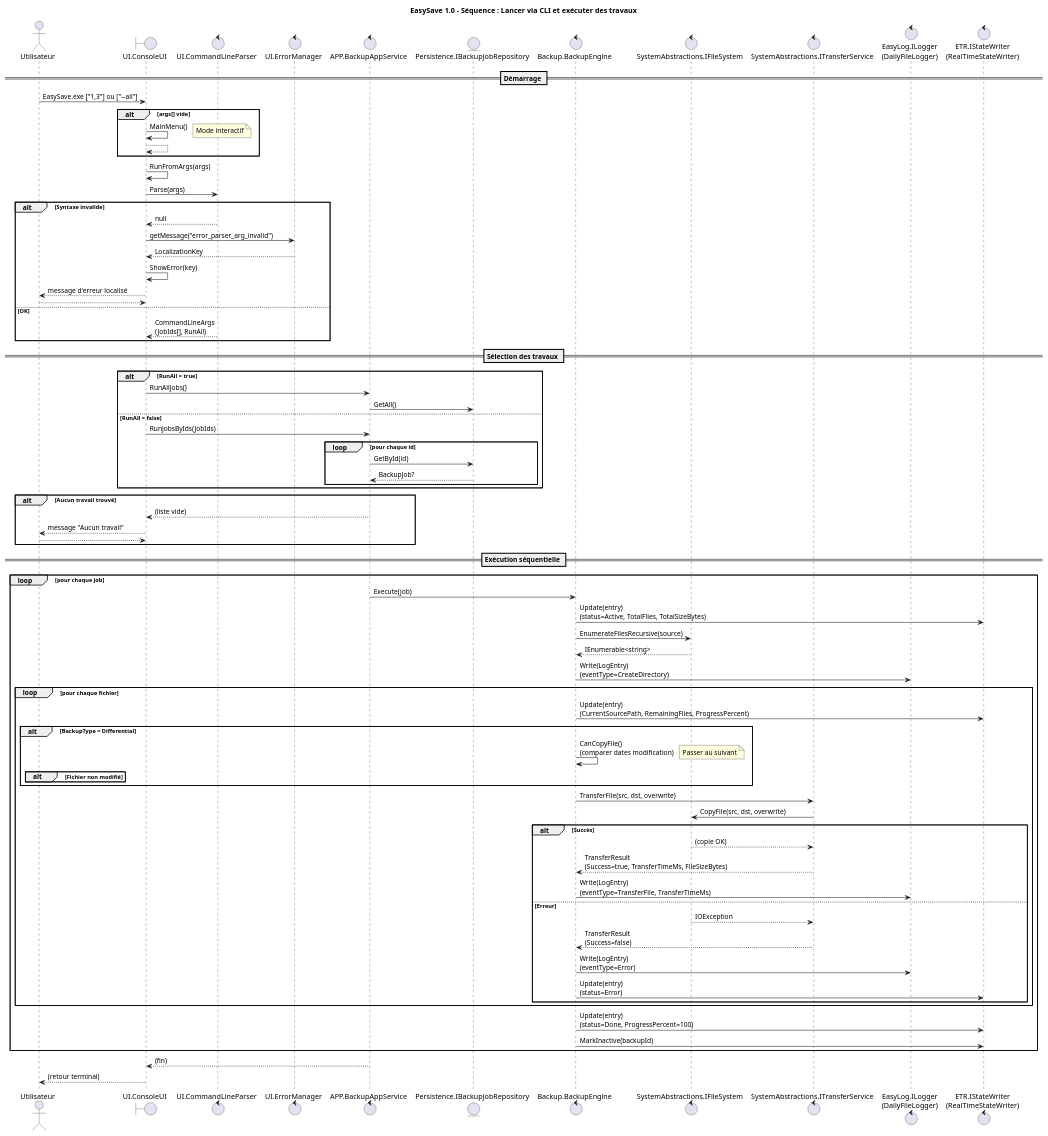
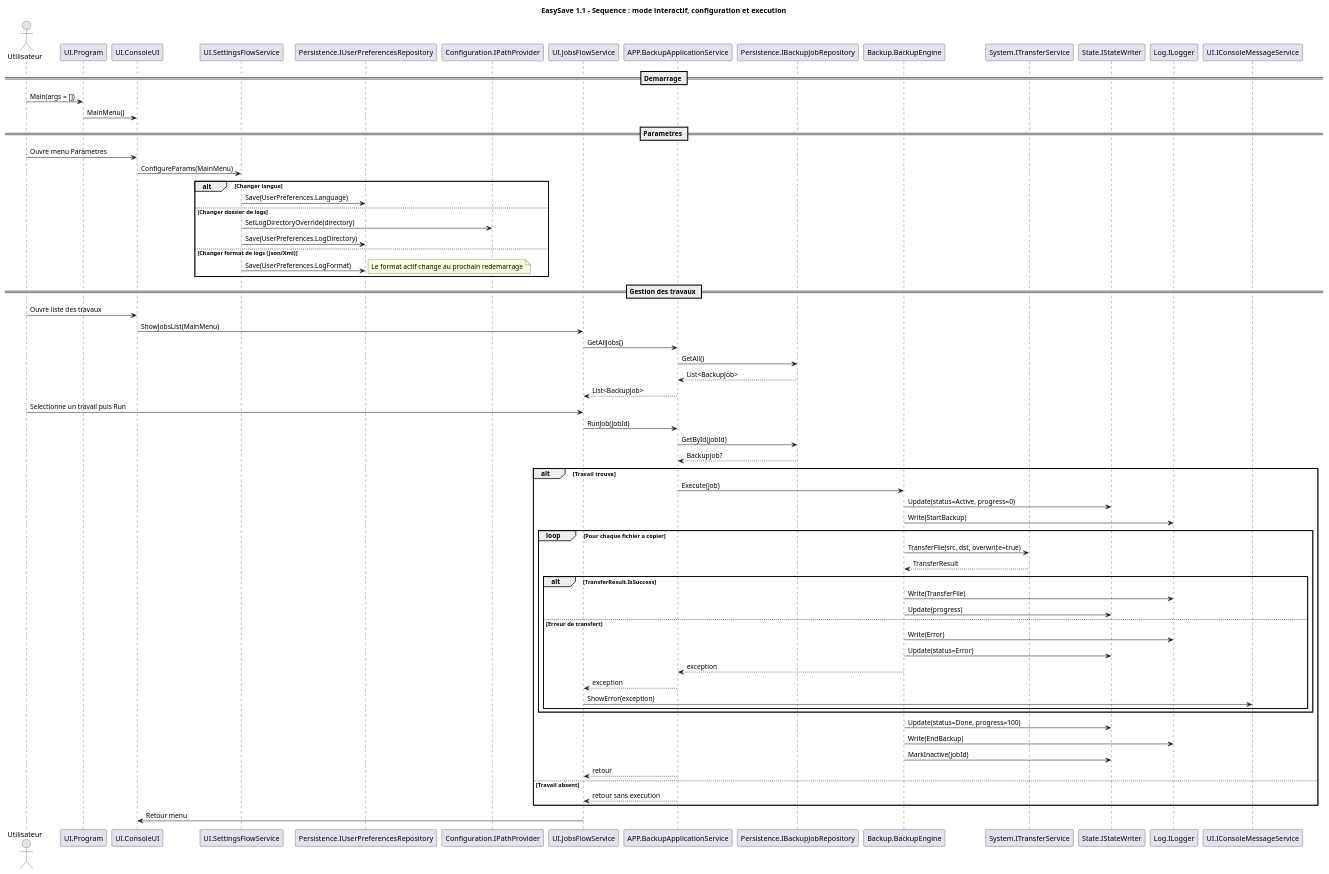
Before and after one commit to ant0rbtll/EasySave: the diagram in docs/sequence.puml, drawn with PlantUML. The commit also changed 46 other files, not shown here.

Commit message:
Amélioration d'architecture pour l'UI & docs (#115)

```diff
--- a/docs/sequence.puml
+++ b/docs/sequence.puml
@@ -1,99 +1,81 @@
 @startuml
-title EasySave 1.0 - Séquence : Lancer via CLI et exécuter des travaux
+title EasySave 1.1 - Sequence : mode interactif, configuration et execution
 
 actor Utilisateur as User
-boundary "UI.ConsoleUI" as UI
-control "UI.CommandLineParser" as Parser
-control "UI.ErrorManager" as ErrorMgr
-control "APP.BackupAppService" as App
-entity "Persistence.IBackupJobRepository" as Repo
-control "Backup.BackupEngine" as Engine
-control "SystemAbstractions.IFileSystem" as FileSystem
-control "SystemAbstractions.ITransferService" as Transfer
-control "EasyLog.ILogger\n(DailyFileLogger)" as Log
-control "ETR.IStateWriter\n(RealTimeStateWriter)" as State
+participant "UI.Program" as Program
+participant "UI.ConsoleUI" as ConsoleUI
+participant "UI.SettingsFlowService" as SettingsFlow
+participant "Persistence.IUserPreferencesRepository" as PrefRepo
+participant "Configuration.IPathProvider" as PathProvider
+participant "UI.JobsFlowService" as JobsFlow
+participant "APP.BackupApplicationService" as App
+participant "Persistence.IBackupJobRepository" as Repo
+participant "Backup.BackupEngine" as Engine
+participant "System.ITransferService" as Transfer
+participant "State.IStateWriter" as State
+participant "Log.ILogger" as Logger
+participant "UI.IConsoleMessageService" as Msg
 
-== Démarrage ==
-User -> UI : EasySave.exe ["1,3"] ou ["--all"]
+== Demarrage ==
+User -> Program : Main(args = [])
+Program -> ConsoleUI : MainMenu()
 
-alt args[] vide
-  UI -> UI : MainMenu()
-  note right: Mode interactif
-  return
+== Parametres ==
+User -> ConsoleUI : Ouvre menu Parametres
+ConsoleUI -> SettingsFlow : ConfigureParams(MainMenu)
+
+alt Changer langue
+  SettingsFlow -> PrefRepo : Save(UserPreferences.Language)
+else Changer dossier de logs
+  SettingsFlow -> PathProvider : SetLogDirectoryOverride(directory)
+  SettingsFlow -> PrefRepo : Save(UserPreferences.LogDirectory)
+else Changer format de logs (Json/Xml)
+  SettingsFlow -> PrefRepo : Save(UserPreferences.LogFormat)
+  note right: Le format actif change au prochain redemarrage
 end
 
-UI -> UI : RunFromArgs(args)
-UI -> Parser : Parse(args)
+== Gestion des travaux ==
+User -> ConsoleUI : Ouvre liste des travaux
+ConsoleUI -> JobsFlow : ShowJobsList(MainMenu)
+JobsFlow -> App : GetAllJobs()
+App -> Repo : GetAll()
+Repo --> App : List<BackupJob>
+App --> JobsFlow : List<BackupJob>
 
-alt Syntaxe invalide
-  Parser --> UI : null
-  UI -> ErrorMgr : getMessage("error_parser_arg_invalid")
-  ErrorMgr --> UI : LocalizationKey
-  UI -> UI : ShowError(key)
-  UI --> User : message d'erreur localisé
-  return
-else OK
-  Parser --> UI : CommandLineArgs\n(JobIds[], RunAll)
-end
+User -> JobsFlow : Selectionne un travail puis Run
+JobsFlow -> App : RunJob(jobId)
+App -> Repo : GetById(jobId)
+Repo --> App : BackupJob?
 
-== Sélection des travaux ==
-alt RunAll = true
-  UI -> App : RunAllJobs()
-  App -> Repo : GetAll()
-else RunAll = false
-  UI -> App : RunJobsByIds(JobIds)
-  loop pour chaque id
-    App -> Repo : GetById(id)
-    Repo --> App : BackupJob?
-  end
-end
+alt Travail trouve
+  App -> Engine : Execute(job)
+  Engine -> State : Update(status=Active, progress=0)
+  Engine -> Logger : Write(StartBackup)
 
-alt Aucun travail trouvé
-  App --> UI : (liste vide)
-  UI --> User : message "Aucun travail"
-  return
-end
+  loop Pour chaque fichier a copier
+    Engine -> Transfer : TransferFile(src, dst, overwrite=true)
+    Transfer --> Engine : TransferResult
 
-== Exécution séquentielle ==
-loop pour chaque job
-  App -> Engine : Execute(job)
-
-  Engine -> State : Update(entry)\n(status=Active, TotalFiles, TotalSizeBytes)
-  Engine -> FileSystem : EnumerateFilesRecursive(source)
-  FileSystem --> Engine : IEnumerable<string>
-  
-  Engine -> Log : Write(LogEntry)\n(eventType=CreateDirectory)
-
-  loop pour chaque fichier
-    Engine -> State : Update(entry)\n(CurrentSourcePath, RemainingFiles, ProgressPercent)
-    
-    alt BackupType = Differential
-      Engine -> Engine : CanCopyFile()\n(comparer dates modification)
-      alt Fichier non modifié
-        note right: Passer au suivant
-      end
-    end
-    
-    Engine -> Transfer : TransferFile(src, dst, overwrite)
-    Transfer -> FileSystem : CopyFile(src, dst, overwrite)
-    
-    alt Succès
-      FileSystem --> Transfer : (copie OK)
-      Transfer --> Engine : TransferResult\n(Success=true, TransferTimeMs, FileSizeBytes)
-      Engine -> Log : Write(LogEntry)\n(eventType=TransferFile, TransferTimeMs)
-    else Erreur
-      FileSystem --> Transfer : IOException
-      Transfer --> Engine : TransferResult\n(Success=false)
-      Engine -> Log : Write(LogEntry)\n(eventType=Error)
-      Engine -> State : Update(entry)\n(status=Error)
+    alt TransferResult.IsSuccess
+      Engine -> Logger : Write(TransferFile)
+      Engine -> State : Update(progress)
+    else Erreur de transfert
+      Engine -> Logger : Write(Error)
+      Engine -> State : Update(status=Error)
+      Engine --> App : exception
+      App --> JobsFlow : exception
+      JobsFlow -> Msg : ShowError(exception)
     end
   end
 
-  Engine -> State : Update(entry)\n(status=Done, ProgressPercent=100)
-  Engine -> State : MarkInactive(backupId)
+  Engine -> State : Update(status=Done, progress=100)
+  Engine -> Logger : Write(EndBackup)
+  Engine -> State : MarkInactive(jobId)
+  App --> JobsFlow : retour
+else Travail absent
+  App --> JobsFlow : retour sans execution
 end
 
-App --> UI : (fin)
-UI --> User : (retour terminal)
+JobsFlow -> ConsoleUI : Retour menu
 
 @enduml
```
